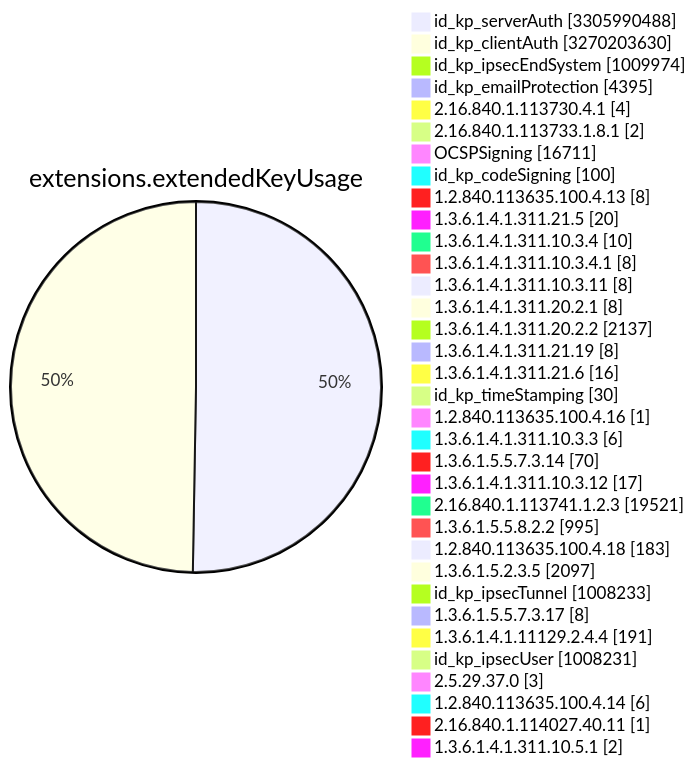
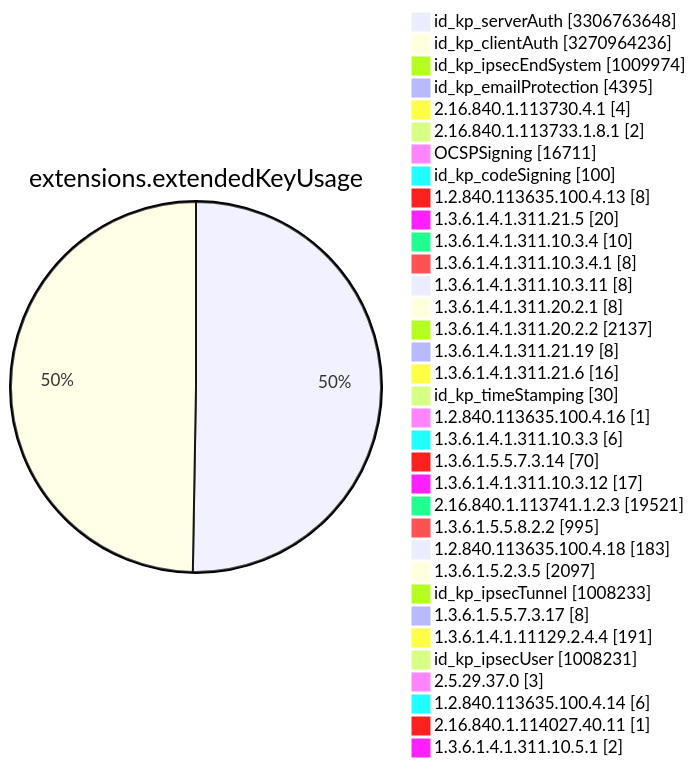
Before and after one commit to christiankrug/ctmonitor_visualization: diagram 11 of 15 in TOTAL/README.md, drawn with Mermaid. The commit also changed other lines of this file, not shown here.

````diff
--- a/TOTAL/README.md
+++ b/TOTAL/README.md
@@ -4120,38 +4120,38 @@
 ```mermaid
 pie showData
 title extensions.extendedKeyUsage
-"id_kp_serverAuth" :3305990488
-"id_kp_clientAuth" :3270203630
+"id_kp_serverAuth" :3306763648
+"id_kp_clientAuth" :3270964236
 "id_kp_ipsecEndSystem" :1009974
 "id_kp_emailProtection" :4395
 "2.16.840.1.113730.4.1" :4
 "2.16.840.1.113733.1.8.1" :2
 "OCSPSigning" :16711
 "id_kp_codeSigning" :100
 "1.2.840.113635.100.4.13" :8
 "1.3.6.1.4.1.311.21.5" :20
 "1.3.6.1.4.1.311.10.3.4" :10
 "1.3.6.1.4.1.311.10.3.4.1" :8
 "1.3.6.1.4.1.311.10.3.11" :8
 "1.3.6.1.4.1.311.20.2.1" :8
 "1.3.6.1.4.1.311.20.2.2" :2137
 "1.3.6.1.4.1.311.21.19" :8
 "1.3.6.1.4.1.311.21.6" :16
 "id_kp_timeStamping" :30
 "1.2.840.113635.100.4.16" :1
 "1.3.6.1.4.1.311.10.3.3" :6
 "1.3.6.1.5.5.7.3.14" :70
 "1.3.6.1.4.1.311.10.3.12" :17
 "2.16.840.1.113741.1.2.3" :19521
 "1.3.6.1.5.5.8.2.2" :995
 "1.2.840.113635.100.4.18" :183
 "1.3.6.1.5.2.3.5" :2097
 "id_kp_ipsecTunnel" :1008233
 "1.3.6.1.5.5.7.3.17" :8
 "1.3.6.1.4.1.11129.2.4.4" :191
 "id_kp_ipsecUser" :1008231
 "2.5.29.37.0" :3
 "1.2.840.113635.100.4.14" :6
 "2.16.840.1.114027.40.11" :1
 "1.3.6.1.4.1.311.10.5.1" :2
 ```
````
